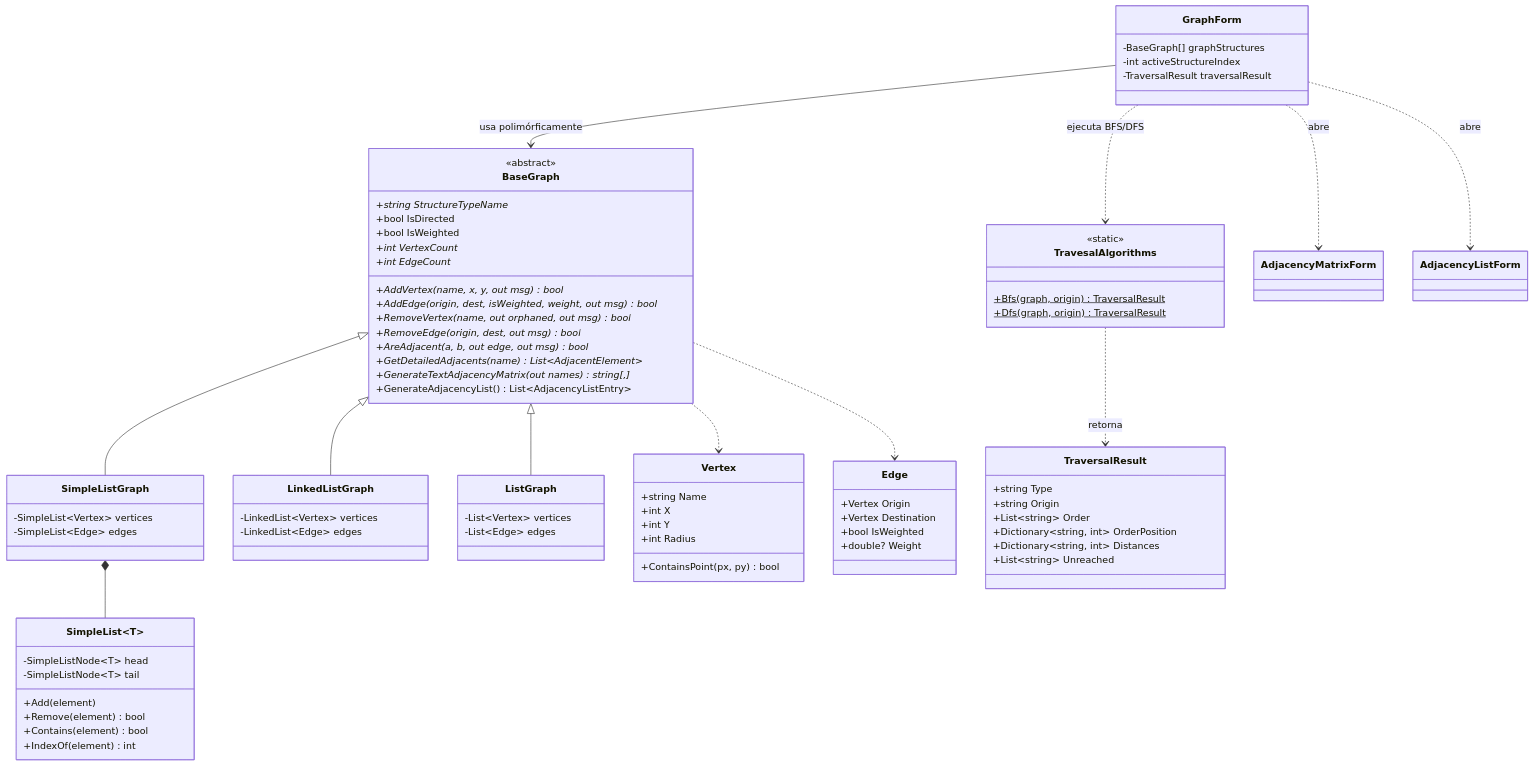
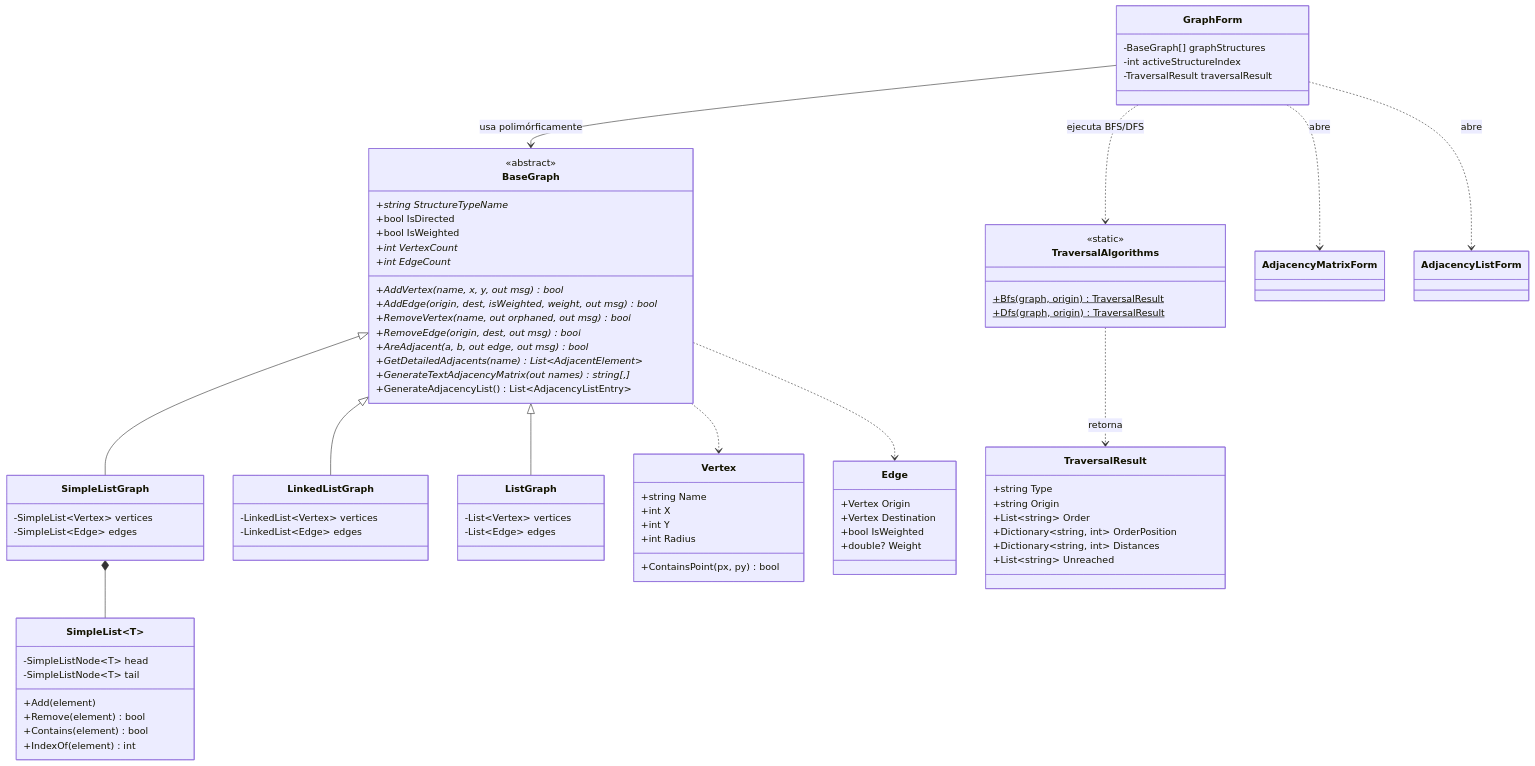
The first of 4 diagrams in README.md (BrayanRomo-bit/Ruta-de-mapas-Grafos-), drawn with Mermaid before and after one commit. The commit also changed other lines of this file and 12 other files, not shown here.

Commit message:
Rename TraversalAlgorithms, remove unused code, and add xUnit test suite

````diff
--- a/README.md
+++ b/README.md
@@ -116,7 +116,7 @@
         +double? Weight
     }
 
-    class TravesalAlgorithms {
+    class TraversalAlgorithms {
         <<static>>
         +Bfs(graph, origin)$ TraversalResult
         +Dfs(graph, origin)$ TraversalResult
@@ -144,8 +144,8 @@
     BaseGraph ..> Vertex
     BaseGraph ..> Edge
     GraphForm --> BaseGraph : usa polimórficamente
-    GraphForm ..> TravesalAlgorithms : ejecuta BFS/DFS
+    GraphForm ..> TraversalAlgorithms : ejecuta BFS/DFS
     GraphForm ..> AdjacencyMatrixForm : abre
     GraphForm ..> AdjacencyListForm : abre
-    TravesalAlgorithms ..> TraversalResult : retorna
+    TraversalAlgorithms ..> TraversalResult : retorna
 ```
````
